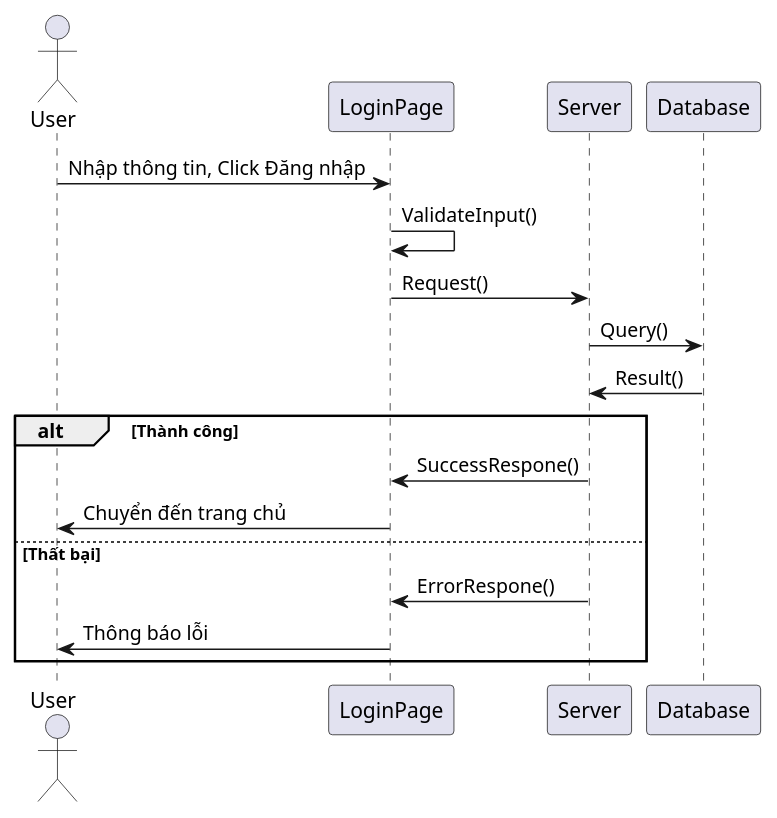
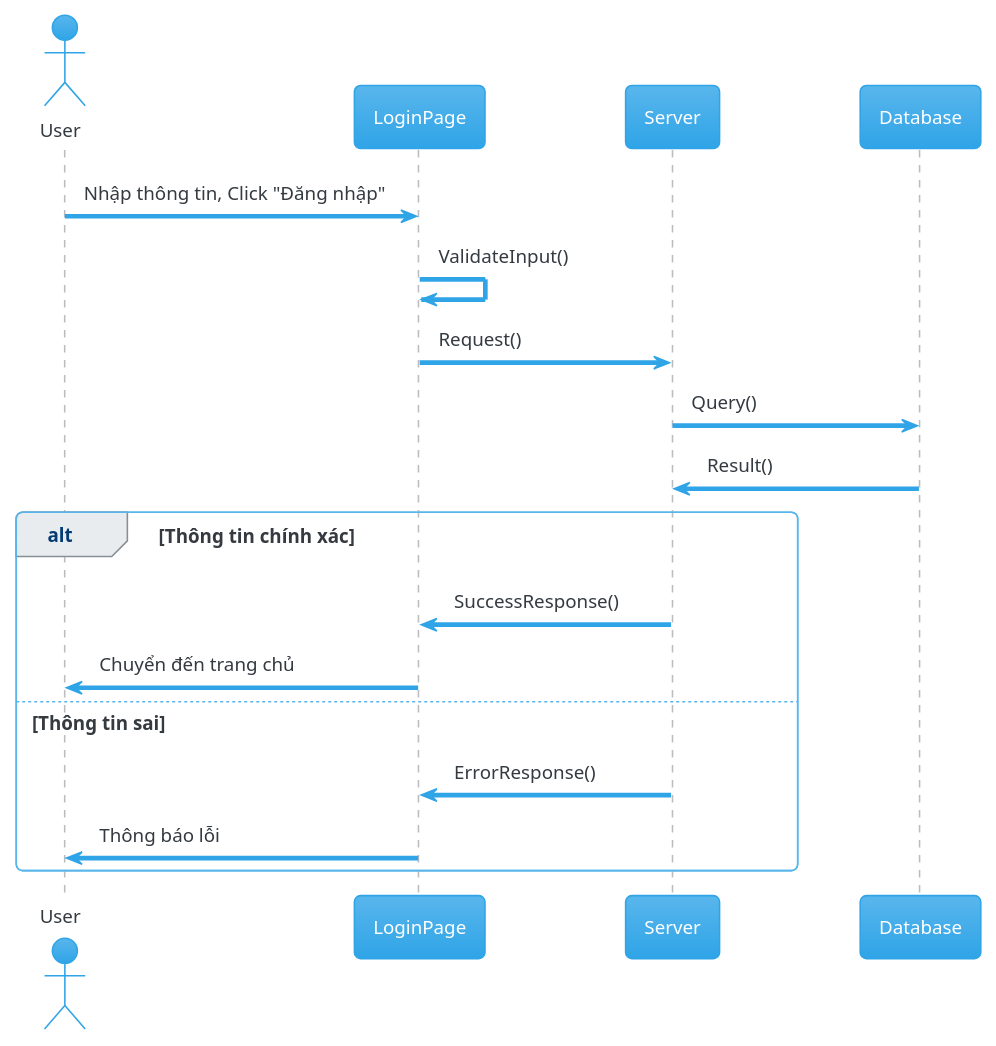
One commit to quockhanhtn/mern-ecommerce changed the diagram in docs/diagrams/sequence/login.wsd. Above: the diagram before and after it, drawn with PlantUML. The commit also changed 15 other files, not shown here.

Commit message:
Add sequence diagrams

```diff
--- a/docs/diagrams/sequence/login.wsd
+++ b/docs/diagrams/sequence/login.wsd
@@ -1,23 +1,24 @@
 @startuml login
+!theme cerulean
 
 actor       User       as u
 participant LoginPage as lp
 participant Server as s
 participant Database as d
 
-u   -> lp: Nhập thông tin, Click Đăng nhập
+u   -> lp: Nhập thông tin, Click "Đăng nhập"
 lp  -> lp: ValidateInput()
 
 lp  -> s: Request()
 s   -> d: Query()
 d   -> s: Result()
 
-alt Thành công
-  s   -> lp: SuccessRespone()
+alt Thông tin chính xác
+  s   -> lp: SuccessResponse()
   lp  -> u: Chuyển đến trang chủ
-else Thất bại
-  s   -> lp: ErrorRespone()
+else Thông tin sai
+  s   -> lp: ErrorResponse()
   lp  -> u: Thông báo lỗi
 end
 
 @enduml
```
